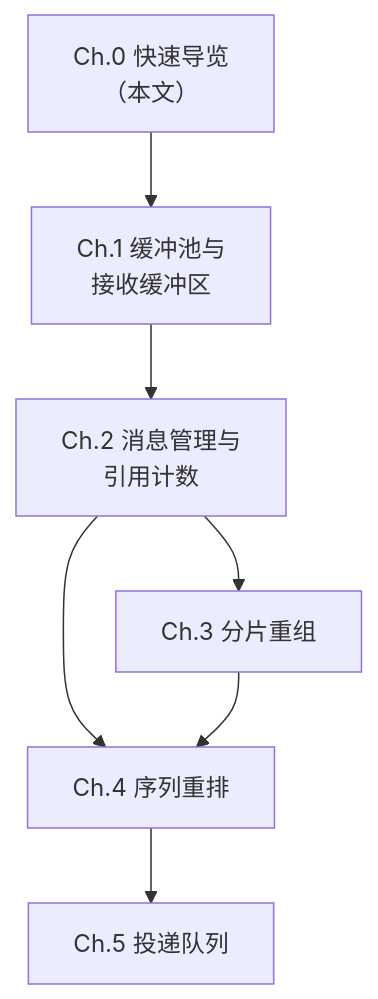
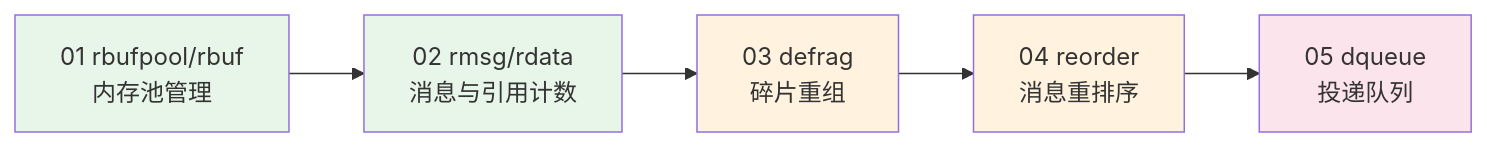
One commit to Learner-Geek-Perfectionist/Cyclone-DDS-Study changed the fourth of 4 diagrams in study/rbuf-memory-model/00-overview.md. Above: the diagram before and after it, drawn with Mermaid. The commit also changed other lines of this file and 1514 other files, not shown here.

````diff
--- a/study/rbuf-memory-model/00-overview.md
+++ b/study/rbuf-memory-model/00-overview.md
@@ -251,9 +189,13 @@
 ```mermaid
-graph TD
-    A["Ch.0 快速导览<br/>（本文）"] --> B["Ch.1 缓冲池与<br/>接收缓冲区"]
-    B --> C["Ch.2 消息管理与<br/>引用计数"]
-    C --> D["Ch.3 分片重组"]
-    C --> E["Ch.4 序列重排"]
-    D --> E
-    E --> F["Ch.5 投递队列"]
+graph LR
+    A["01 rbufpool/rbuf<br/>内存池管理"] --> B["02 rmsg/rdata<br/>消息与引用计数"]
+    B --> C["03 defrag<br/>碎片重组"]
+    C --> D["04 reorder<br/>消息重排序"]
+    D --> E["05 dqueue<br/>投递队列"]
+
+    style A fill:#e8f5e9
+    style B fill:#e8f5e9
+    style C fill:#fff3e0
+    style D fill:#fff3e0
+    style E fill:#fce4ec
 ```
````
